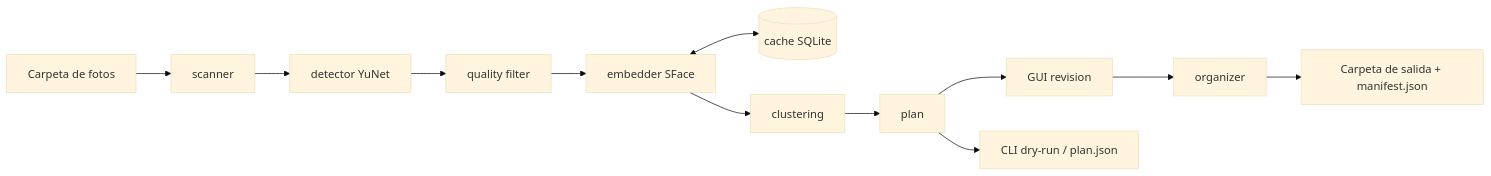
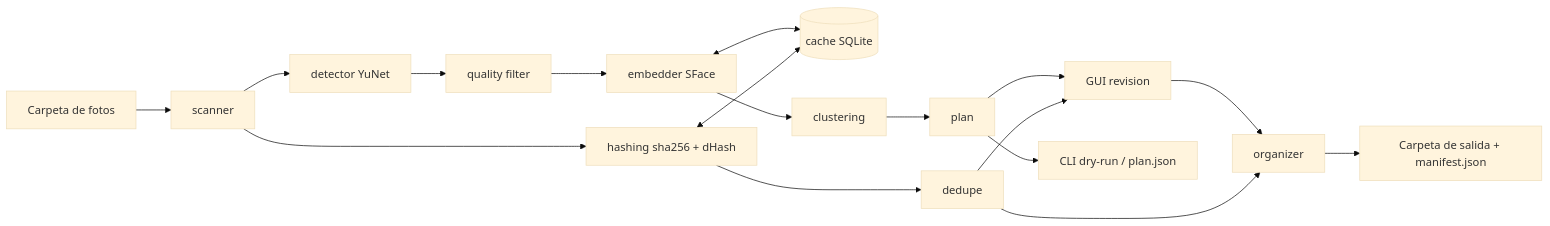
The diagram in docs/ARQUITECTURA.md (David-KtL/face-sorter), drawn with Mermaid (base theme) before and after one commit. The commit also changed other lines of this file and 9 other files, not shown here.

````diff
--- a/docs/ARQUITECTURA.md
+++ b/docs/ARQUITECTURA.md
@@ -4,14 +4,19 @@
 ```mermaid
 flowchart LR
     A[Carpeta de fotos] --> B[scanner]
     B --> C[detector YuNet]
     C --> D[quality filter]
     D --> E[embedder SFace]
     E <--> F[(cache SQLite)]
     E --> G[clustering]
     G --> P[plan]
     P --> H[GUI revision]
     P --> K[CLI dry-run / plan.json]
     H --> I[organizer]
     I --> J[Carpeta de salida + manifest.json]
+    B --> L[hashing sha256 + dHash]
+    L <--> F
+    L --> M[dedupe]
+    M --> H
+    M --> I
 ```
````
